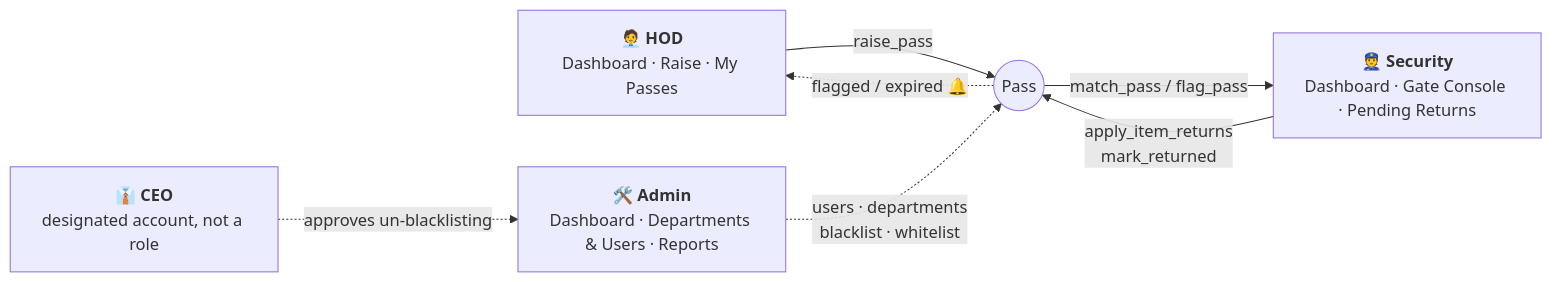
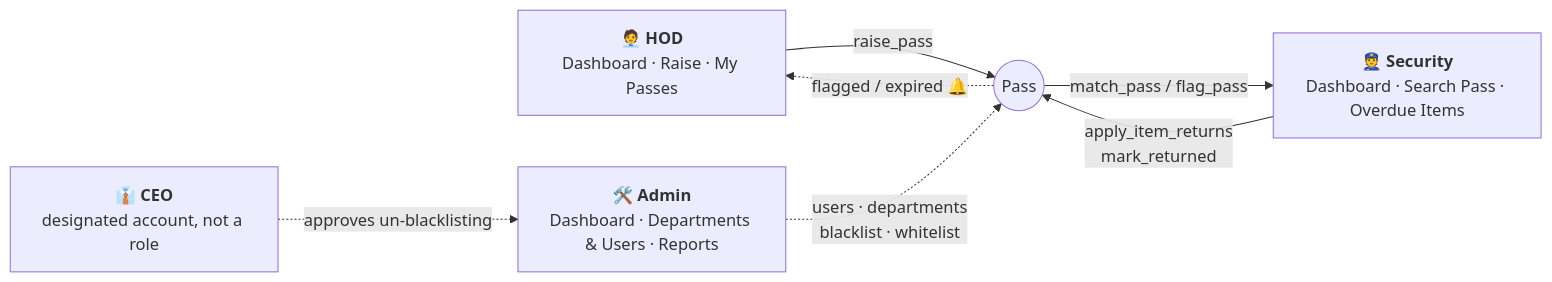
The fifth of 6 diagrams in README.md (jollyroyy/gatepass), drawn with Mermaid before and after one commit. The commit also changed other lines of this file and 29 other files, not shown here.

````diff
--- a/README.md
+++ b/README.md
@@ -182,9 +182,9 @@
 ```mermaid
 flowchart LR
     HOD["🧑‍💼 <b>HOD</b><br/>Dashboard · Raise · My Passes"] -->|raise_pass| P(("Pass"))
-    P -->|match_pass / flag_pass| SEC["👮 <b>Security</b><br/>Dashboard · Gate Console · Pending Returns"]
+    P -->|match_pass / flag_pass| SEC["👮 <b>Security</b><br/>Dashboard · Search Pass · Overdue Items"]
     SEC -->|apply_item_returns<br/>mark_returned| P
     P -.->|flagged / expired 🔔| HOD
     ADM["🛠️ <b>Admin</b><br/>Dashboard · Departments &amp; Users · Reports"] -.->|users · departments<br/>blacklist · whitelist| P
     CEO["👔 <b>CEO</b><br/>designated account, not a role"] -.->|approves un-blacklisting| ADM
 ```
````
